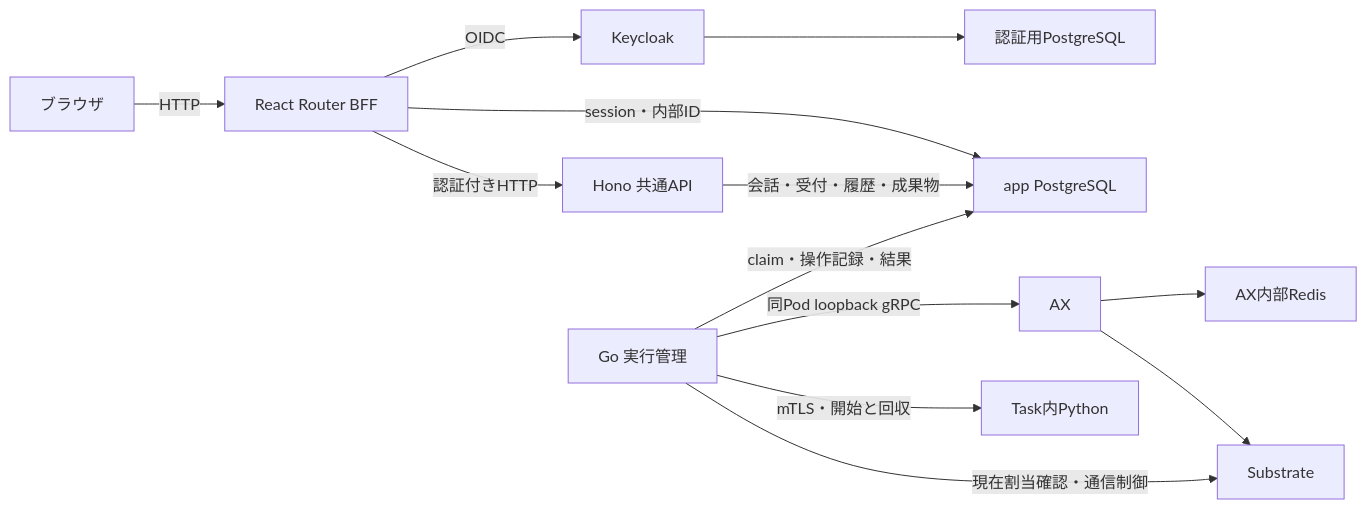
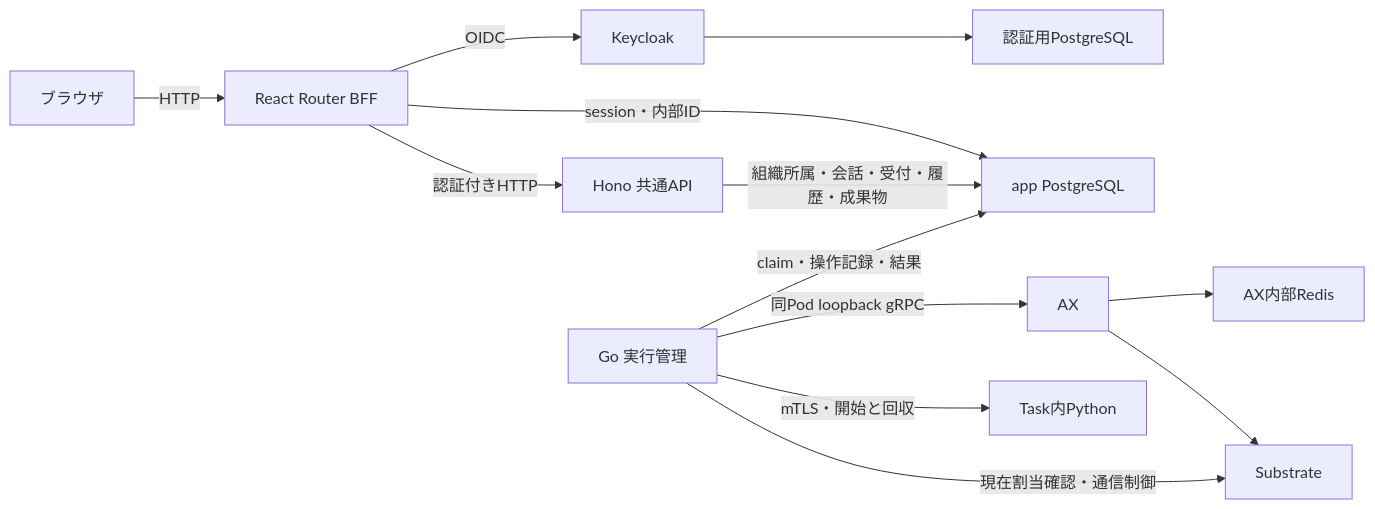
Before and after one commit to sori883/agent-workspace: the diagram in .space/babel/knowledge/ax-web-foundation.md, drawn with Mermaid. The commit also changed other lines of this file and 80 other files, not shown here.

````diff
--- a/.space/babel/knowledge/ax-web-foundation.md
+++ b/.space/babel/knowledge/ax-web-foundation.md
@@ -28,15 +28,15 @@
 ```mermaid
 flowchart LR
   Browser[ブラウザ] -->|HTTP| Web[React Router BFF]
   Web -->|OIDC| Keycloak[Keycloak]
   Keycloak --> AuthDB[認証用PostgreSQL]
   Web -->|認証付きHTTP| API[Hono 共通API]
   Web -->|session・内部ID| AppDB[app PostgreSQL]
-  API -->|会話・受付・履歴・成果物| AppDB
+  API -->|組織所属・会話・受付・履歴・成果物| AppDB
   Controller[Go 実行管理] -->|claim・操作記録・結果| AppDB
   Controller -->|同Pod loopback gRPC| AX[AX]
   AX --> Redis[AX内部Redis]
   AX --> Substrate[Substrate]
   Controller -->|現在割当確認・通信制御| Substrate
   Controller -->|mTLS・開始と回収| Task[Task内Python]
 ```
````
